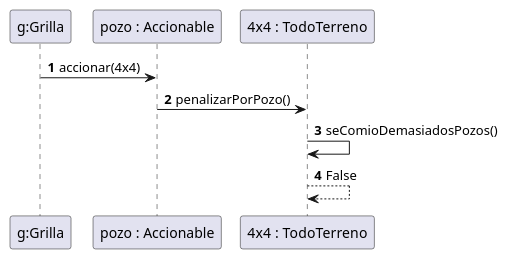
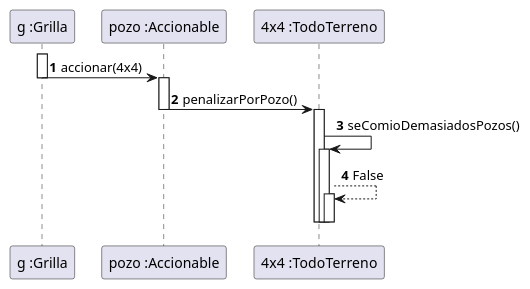
Before and after one commit to kikiymini/algo3_tp2: the diagram in Entrega1/DiagramaDeSecuencias/4X4SeEncuentraConUnPozo.puml, drawn with PlantUML. The commit also changed 4 other files, not shown here.

```diff
--- a/Entrega1/DiagramaDeSecuencias/4X4SeEncuentraConUnPozo.puml
+++ b/Entrega1/DiagramaDeSecuencias/4X4SeEncuentraConUnPozo.puml
@@ -1,13 +1,26 @@
 @startuml
 'https://plantuml.com/sequence-diagram
 
+
+participant "g :Grilla" as grilla
+participant "pozo :Accionable" as accionable
+participant "4x4 :TodoTerreno" as todoTerreno
+
 autonumber
+activate grilla
+grilla -> accionable : accionar(4x4)
+deactivate grilla
+activate accionable
+accionable -> todoTerreno : penalizarPorPozo()
+deactivate accionable
+activate todoTerreno
 
-"g:Grilla" -> "pozo : Accionable" : accionar(4x4)
-"pozo : Accionable" -> "4x4 : TodoTerreno" : penalizarPorPozo()
-"4x4 : TodoTerreno" -> "4x4 : TodoTerreno" : seComioDemasiadosPozos()
-"4x4 : TodoTerreno" --> "4x4 : TodoTerreno" : False
-
-
+todoTerreno -> todoTerreno : seComioDemasiadosPozos()
+activate todoTerreno
+todoTerreno --> todoTerreno : False
+activate todoTerreno
+deactivate todoTerreno
+deactivate todoTerreno
+deactivate todoTerreno
 
 @enduml
```
